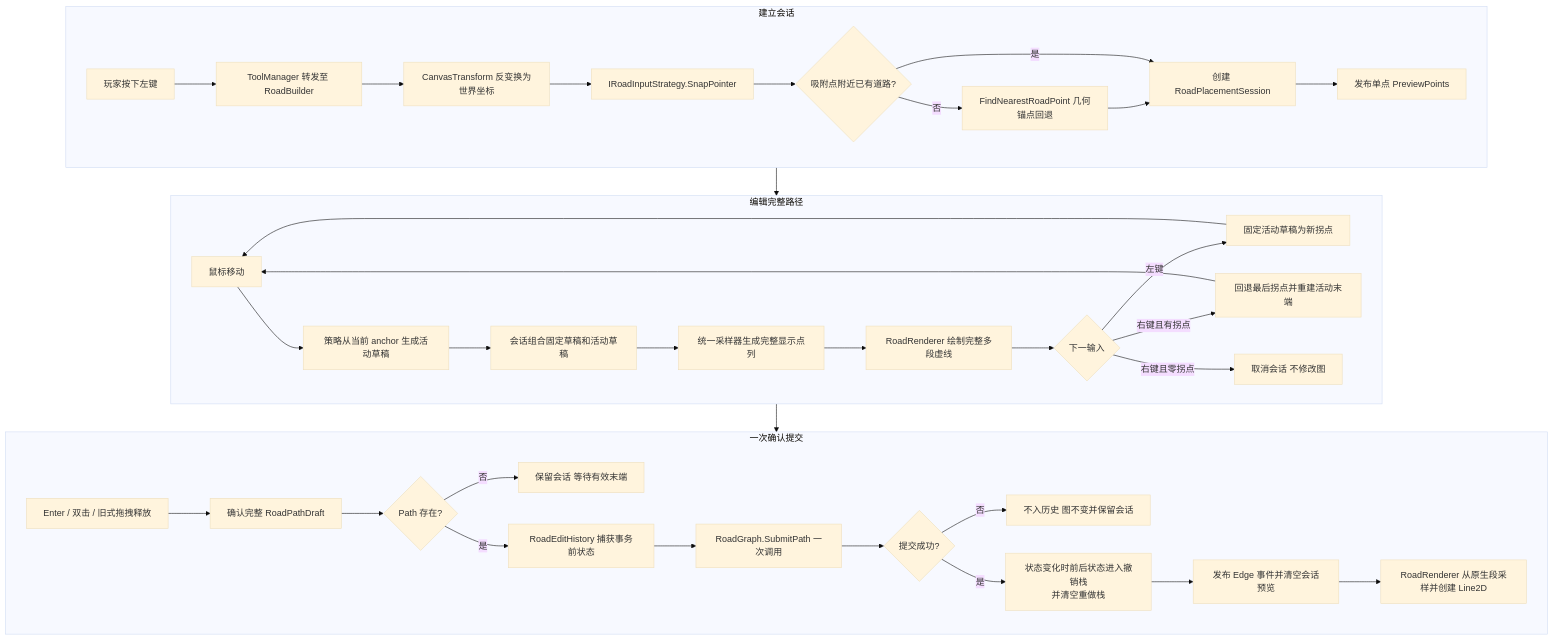
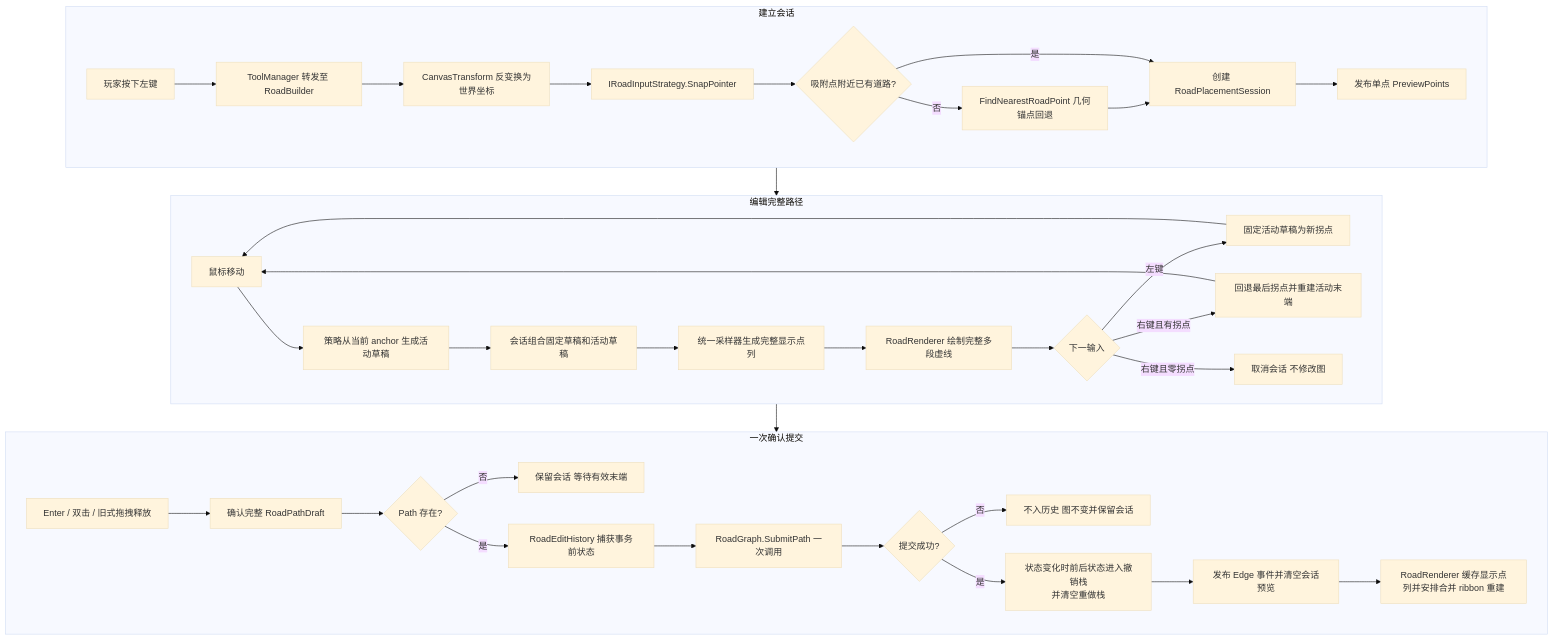
One commit to xianfishyu/SimpleCities changed the second of 9 diagrams in docs/reference/game-logic.md. Above: the diagram before and after it, drawn with Mermaid (base theme). The commit also changed other lines of this file and 12 other files, not shown here.

````diff
--- a/docs/reference/game-logic.md
+++ b/docs/reference/game-logic.md
@@ -84,42 +84,42 @@
 ```mermaid
 flowchart TD
     subgraph Phase1["建立会话"]
         S1["玩家按下左键"] --> S2["ToolManager 转发至 RoadBuilder"]
         S2 --> S3["CanvasTransform 反变换为世界坐标"]
         S3 --> S4["IRoadInputStrategy.SnapPointer"]
         S4 --> S5{"吸附点附近已有道路?"}
         S5 -->|否| S6["FindNearestRoadPoint 几何锚点回退"]
         S5 -->|是| S7["创建 RoadPlacementSession"]
         S6 --> S7
         S7 --> S8["发布单点 PreviewPoints"]
     end
 
     subgraph Phase2["编辑完整路径"]
         D1["鼠标移动"] --> D2["策略从当前 anchor 生成活动草稿"]
         D2 --> D3["会话组合固定草稿和活动草稿"]
         D3 --> D4["统一采样器生成完整显示点列"]
         D4 --> D4A["RoadRenderer 绘制完整多段虚线"]
         D4A --> D5{"下一输入"}
         D5 -->|左键| D6["固定活动草稿为新拐点"]
         D5 -->|右键且有拐点| D7["回退最后拐点并重建活动末端"]
         D5 -->|右键且零拐点| D8["取消会话 不修改图"]
         D6 --> D1
         D7 --> D1
     end
 
     subgraph Phase3["一次确认提交"]
         C1["Enter / 双击 / 旧式拖拽释放"] --> C2["确认完整 RoadPathDraft"]
         C2 --> C3{"Path 存在?"}
         C3 -->|否| C4["保留会话 等待有效末端"]
         C3 -->|是| C5["RoadEditHistory 捕获事务前状态"]
         C5 --> C6["RoadGraph.SubmitPath 一次调用"]
         C6 --> C7{"提交成功?"}
         C7 -->|否| C8["不入历史 图不变并保留会话"]
         C7 -->|是| C9["状态变化时前后状态进入撤销栈<br/>并清空重做栈"]
         C9 --> C10["发布 Edge 事件并清空会话预览"]
-        C10 --> C11["RoadRenderer 从原生段采样并创建 Line2D"]
+        C10 --> C11["RoadRenderer 缓存显示点列并安排合并 ribbon 重建"]
     end
 
     Phase1 --> Phase2
     Phase2 --> Phase3
 ```
````
